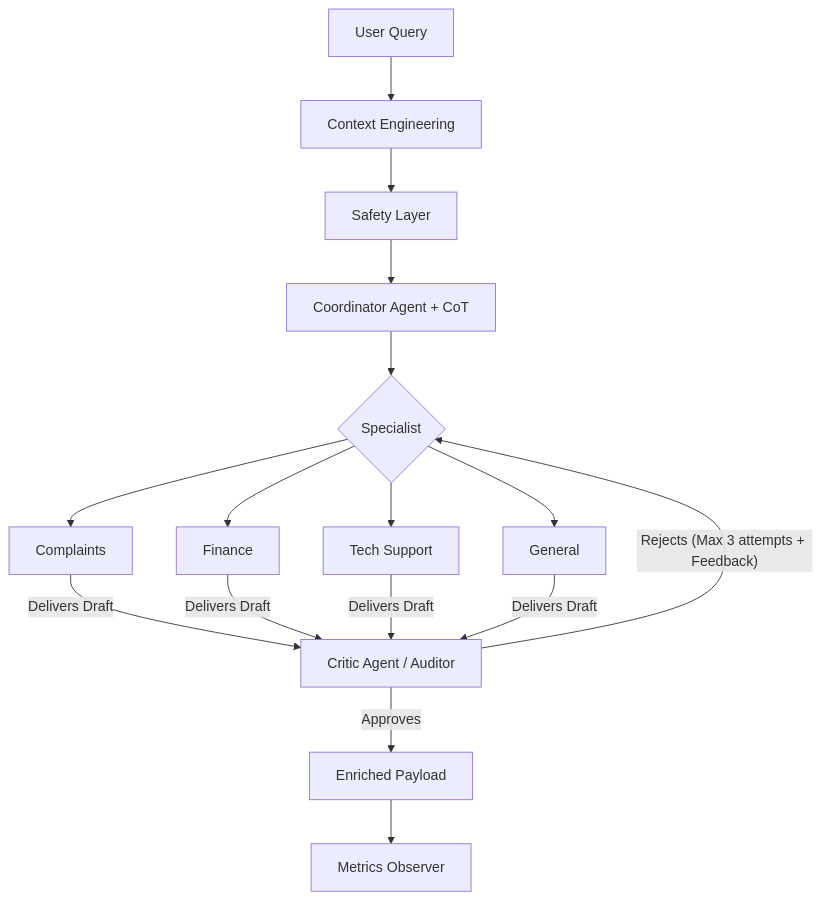
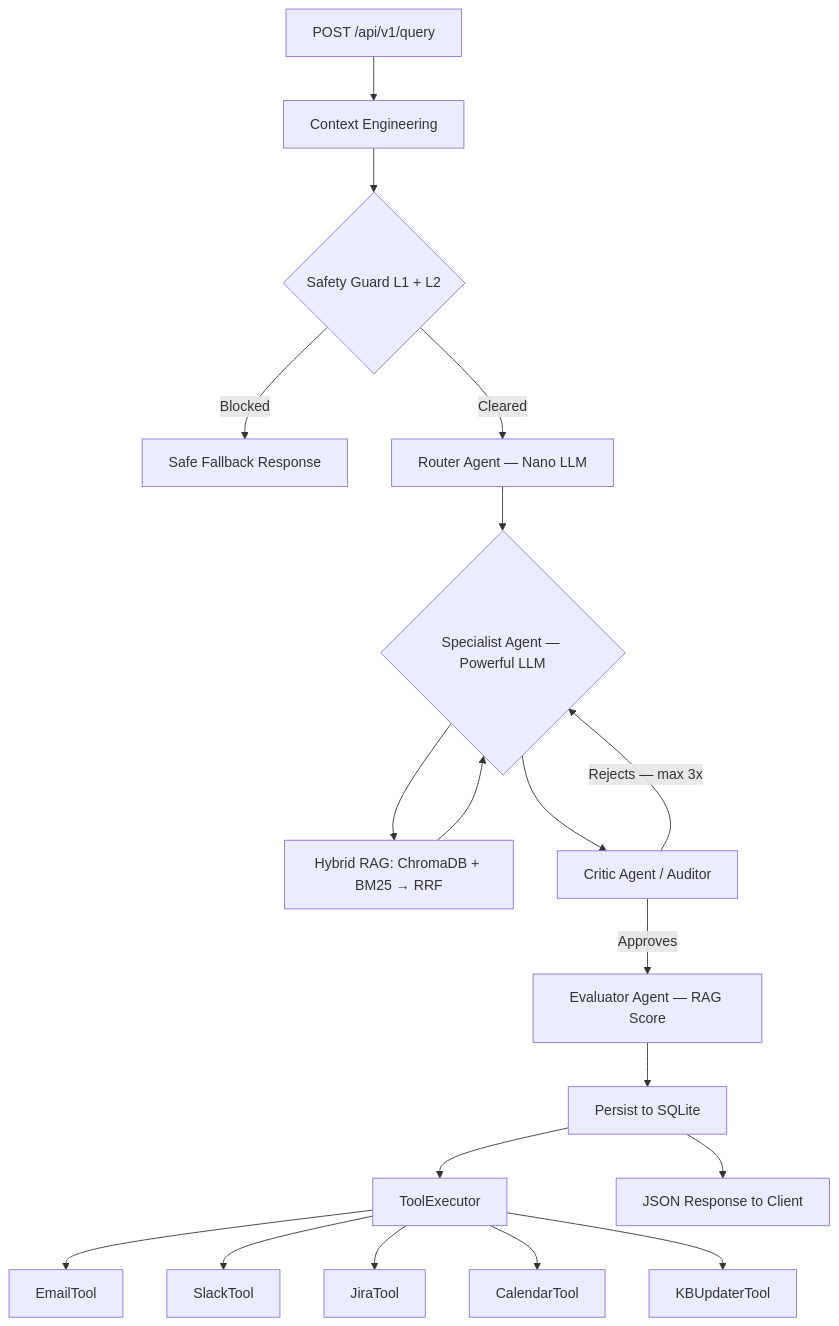
Before and after one commit to cesesteban/Routing-Multi-Agent-Api: the first of 2 diagrams in README.md, drawn with Mermaid. The commit also changed other lines of this file and 15 other files, not shown here.

````diff
--- a/README.md
+++ b/README.md
@@ -49,15 +13,21 @@
 ```mermaid
 graph TD
-    A[User Query] --> B[Context Engineering]
-    B --> C[Safety Layer]
-    C --> D[Coordinator Agent + CoT]
-    D --> E{Specialist}
-    E --> F[Complaints]
-    E --> G[Finance]
-    E --> H[Tech Support]
-    E --> I[General]
-    F & G & H & I -- "Delivers Draft" --> J[Critic Agent / Auditor]
-    J -- "Rejects (Max 3 attempts + Feedback)" --> E
-    J -- "Approves" --> K[Enriched Payload]
-    K --> L[Metrics Observer]
+    A[POST /api/v1/query] --> B[Context Engineering]
+    B --> C{Safety Guard L1 + L2}
+    C -->|Blocked| D[Safe Fallback Response]
+    C -->|Cleared| E[Router Agent — Nano LLM]
+    E --> F{Specialist Agent — Powerful LLM}
+    F --> G[Hybrid RAG: ChromaDB + BM25 → RRF]
+    G --> F
+    F --> H[Critic Agent / Auditor]
+    H -->|Rejects — max 3x| F
+    H -->|Approves| I[Evaluator Agent — RAG Score]
+    I --> J[Persist to SQLite]
+    J --> K[ToolExecutor]
+    K --> L[EmailTool]
+    K --> M[SlackTool]
+    K --> N[JiraTool]
+    K --> O[CalendarTool]
+    K --> P[KBUpdaterTool]
+    J --> Q[JSON Response to Client]
 ```
````
